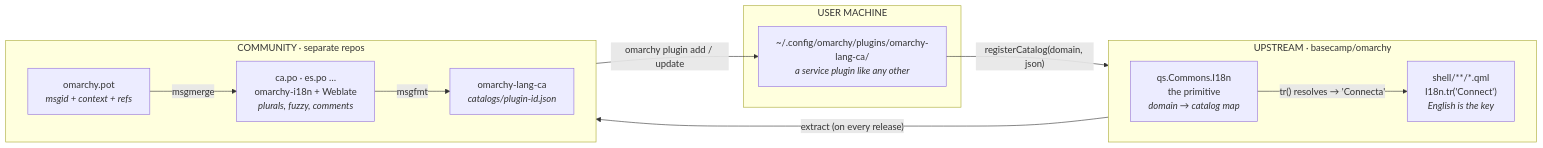
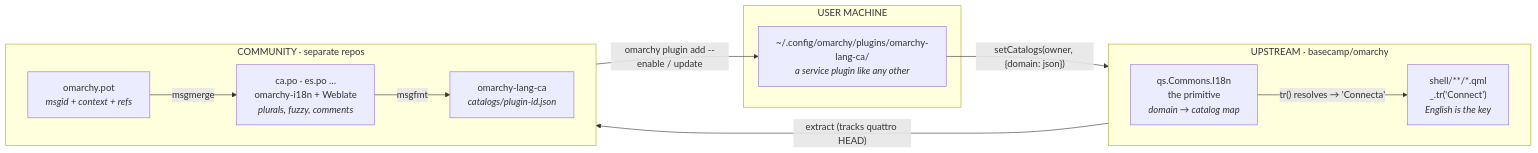
The first of 2 diagrams in omarchy-l10n-architecture.md (xavivars/omal10n-poc), drawn with Mermaid before and after one commit. The commit also changed other lines of this file and 2 other files, not shown here.

````diff
--- a/omarchy-l10n-architecture.md
+++ b/omarchy-l10n-architecture.md
@@ -42,26 +42,26 @@
 ```mermaid
 flowchart LR
   subgraph UP["UPSTREAM · basecamp/omarchy"]
     direction LR
-    SRC["shell/**/*.qml<br/>I18n.tr('Connect')<br/><i>English is the key</i>"]
+    SRC["shell/**/*.qml<br/>_.tr('Connect')<br/><i>English is the key</i>"]
     I18N["qs.Commons.I18n<br/>the primitive<br/><i>domain → catalog map</i>"]
   end
 
   subgraph COMM["COMMUNITY · separate repos"]
     direction LR
     POT["omarchy.pot<br/><i>msgid + context + refs</i>"]
     PO["ca.po · es.po …<br/>omarchy-i18n + Weblate<br/><i>plurals, fuzzy, comments</i>"]
     PACK["omarchy-lang-ca<br/><i>catalogs/plugin-id.json</i>"]
   end
 
   subgraph USER["USER MACHINE"]
     INST["~/.config/omarchy/plugins/omarchy-lang-ca/<br/><i>a service plugin like any other</i>"]
   end
 
-  SRC -->|"extract (on every release)"| POT
+  SRC -->|"extract (tracks quattro HEAD)"| POT
   POT -->|"msgmerge"| PO
   PO -->|"msgfmt"| PACK
-  PACK -->|"omarchy plugin add / update"| INST
-  INST -->|"registerCatalog(domain, json)"| I18N
+  PACK -->|"omarchy plugin add --enable / update"| INST
+  INST -->|"setCatalogs(owner, {domain: json})"| I18N
   I18N -->|"tr() resolves → 'Connecta'"| SRC
 ```
````
